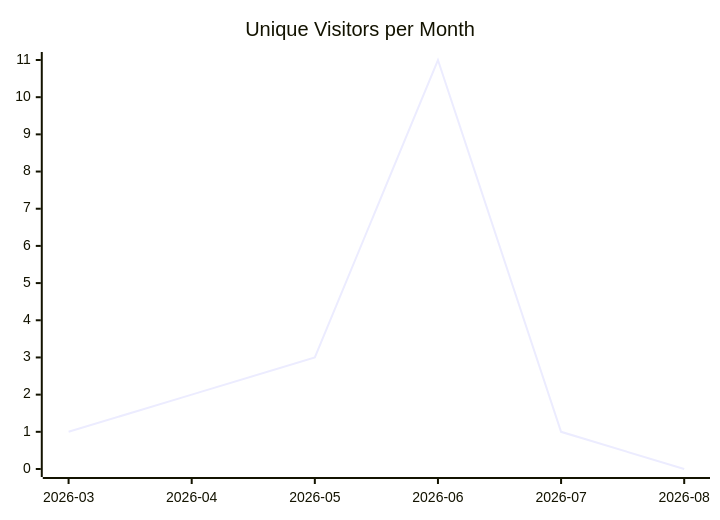
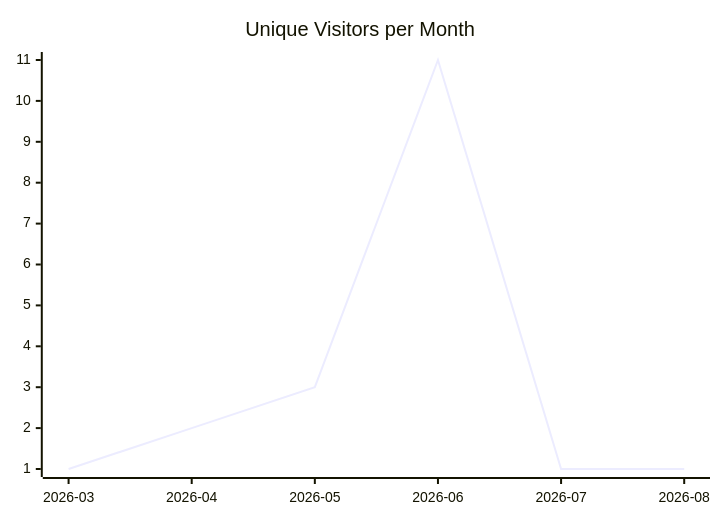
The first of 3 diagrams in karlmdavis/justdavis-ansible/README.md (justdavis-family/github-analytics-data), drawn with Mermaid before and after one commit. The commit also changed other lines of this file and 177 other files, not shown here.

````diff
--- a/karlmdavis/justdavis-ansible/README.md
+++ b/karlmdavis/justdavis-ansible/README.md
@@ -5,6 +5,6 @@
 ```mermaid
 xychart-beta
   title "Unique Visitors per Month"
   x-axis ["2026-03", "2026-04", "2026-05", "2026-06", "2026-07", "2026-08"]
-  line [1, 2, 3, 11, 1, 0]
+  line [1, 2, 3, 11, 1, 1]
 ```
````
